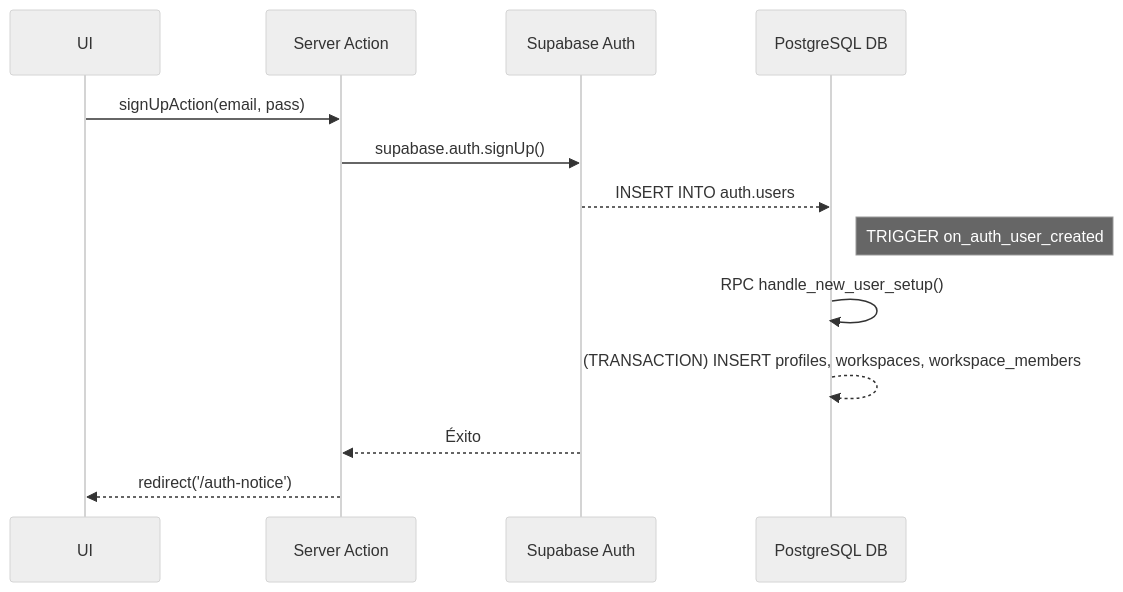
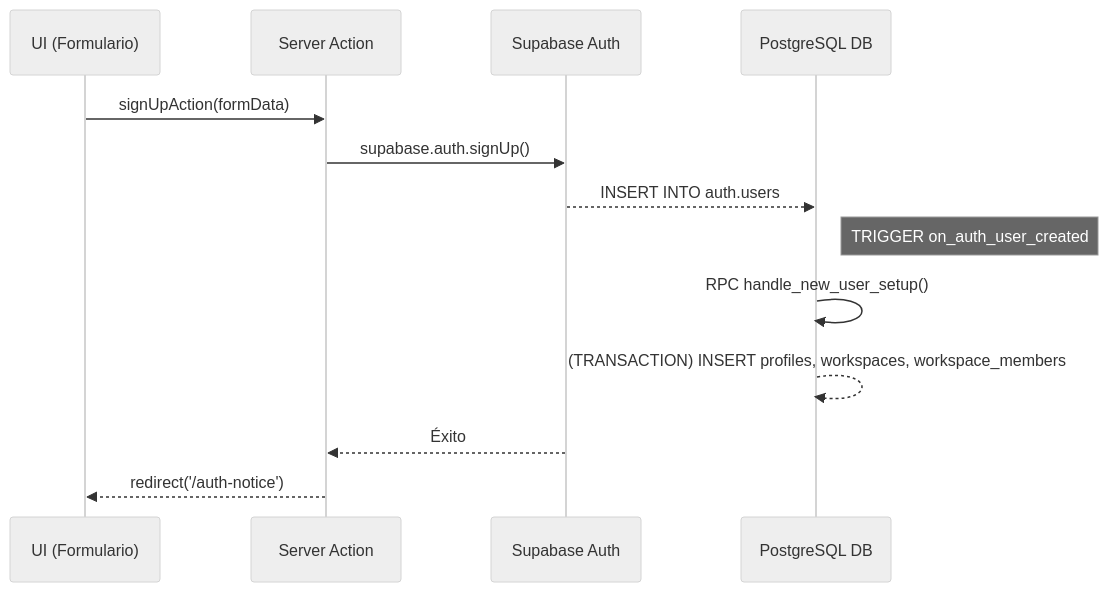
Before and after one commit to metashark-afiliados/metashark-afiliados-suite: the first of 2 diagrams in .docs/functionality/005_AUTHENTICATION_DOMAIN_MANIFEST.md, drawn with Mermaid (neutral theme). The commit also changed other lines of this file and 97 other files, not shown here.

````diff
--- a/.docs/functionality/005_AUTHENTICATION_DOMAIN_MANIFEST.md
+++ b/.docs/functionality/005_AUTHENTICATION_DOMAIN_MANIFEST.md
@@ -31,16 +25,16 @@
     ```mermaid
     sequenceDiagram
-        participant Client as UI
+        participant Client as UI (Formulario)
         participant Server as Server Action
         participant SupabaseAuth as Supabase Auth
         participant DB as PostgreSQL DB
-        
-        Client->>Server: signUpAction(email, pass)
+
+        Client->>Server: signUpAction(formData)
         Server->>SupabaseAuth: supabase.auth.signUp()
         SupabaseAuth-->>DB: INSERT INTO auth.users
         Note right of DB: TRIGGER on_auth_user_created
         DB->>DB: RPC handle_new_user_setup()
         DB-->>DB: (TRANSACTION) INSERT profiles, workspaces, workspace_members
         SupabaseAuth-->>Server: Éxito
         Server-->>Client: redirect('/auth-notice')
     ```
````
